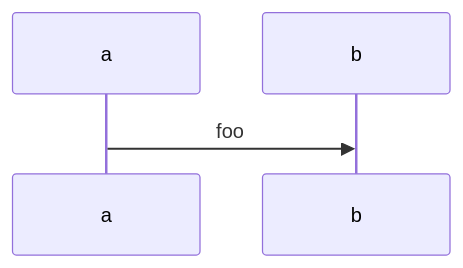
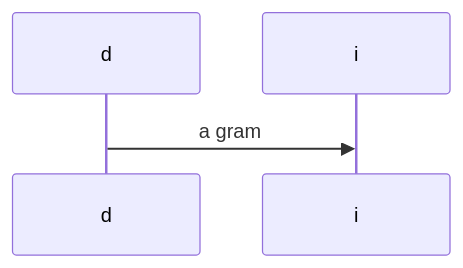
One commit to drahnr/fancybook changed the diagram in sample-book/src/foo.md. Above: the diagram before and after it, drawn with Mermaid. The commit also changed other lines of this file and 1 other file, not shown here.

````diff
--- a/sample-book/src/foo.md
+++ b/sample-book/src/foo.md
@@ -15,4 +5,4 @@
 ```mermaid
 sequenceDiagram
-  a->>b: foo
+  d->>i: a gram
 ```
````
